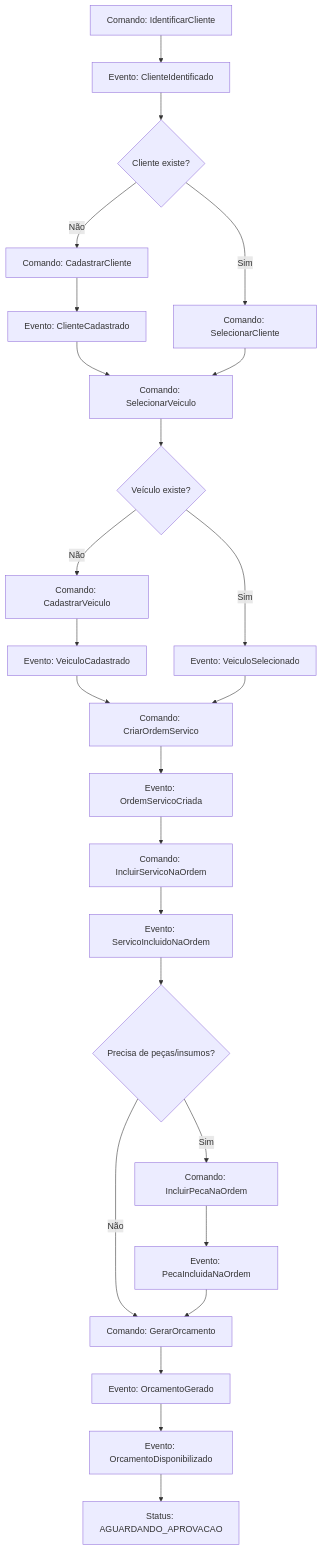
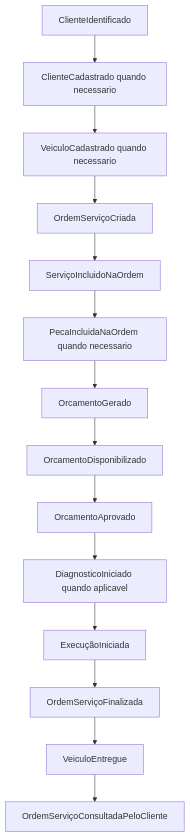
The second of 7 diagrams in docs/EVENT_STORMING.md (yxsbx/SOAT-FIAP), drawn with Mermaid before and after one commit. The commit also changed other lines of this file and 34 other files, not shown here.

````diff
--- a/docs/EVENT_STORMING.md
+++ b/docs/EVENT_STORMING.md
@@ -397,27 +340,19 @@
 ```mermaid
 flowchart TD
-    C1["Comando: IdentificarCliente"] --> E1["Evento: ClienteIdentificado"]
-    E1 --> D1{Cliente existe?}
-    D1 -- "Não" --> C2["Comando: CadastrarCliente"]
-    C2 --> E2["Evento: ClienteCadastrado"]
-    D1 -- "Sim" --> C3["Comando: SelecionarCliente"]
-    E2 --> C4["Comando: SelecionarVeiculo"]
-    C3 --> C4
-    C4 --> D2{Veículo existe?}
-    D2 -- "Não" --> C5["Comando: CadastrarVeiculo"]
-    C5 --> E3["Evento: VeiculoCadastrado"]
-    D2 -- "Sim" --> E4["Evento: VeiculoSelecionado"]
-    E3 --> C6["Comando: CriarOrdemServico"]
-    E4 --> C6
-    C6 --> E5["Evento: OrdemServicoCriada"]
-    E5 --> C7["Comando: IncluirServicoNaOrdem"]
-    C7 --> E6["Evento: ServicoIncluidoNaOrdem"]
-    E6 --> D3{Precisa de peças/insumos?}
-    D3 -- "Não" --> C9["Comando: GerarOrcamento"]
-    D3 -- "Sim" --> C8["Comando: IncluirPecaNaOrdem"]
-    C8 --> E7["Evento: PecaIncluidaNaOrdem"]
-    E7 --> C9
-    C9 --> E8["Evento: OrcamentoGerado"]
-    E8 --> E9["Evento: OrcamentoDisponibilizado"]
-    E9 --> S1["Status: AGUARDANDO_APROVACAO"]
+    E1["ClienteIdentificado"]
+    E2["ClienteCadastrado quando necessario"]
+    E3["VeiculoCadastrado quando necessario"]
+    E4["OrdemServiçoCriada"]
+    E5["ServiçoIncluidoNaOrdem"]
+    E6["PecaIncluidaNaOrdem quando necessario"]
+    E7["OrcamentoGerado"]
+    E8["OrcamentoDisponibilizado"]
+    E9["OrcamentoAprovado"]
+    E10["DiagnosticoIniciado quando aplicavel"]
+    E11["ExecuçãoIniciada"]
+    E12["OrdemServiçoFinalizada"]
+    E13["VeiculoEntregue"]
+    E14["OrdemServiçoConsultadaPeloCliente"]
+
+    E1 --> E2 --> E3 --> E4 --> E5 --> E6 --> E7 --> E8 --> E9 --> E10 --> E11 --> E12 --> E13 --> E14
 ```
````
